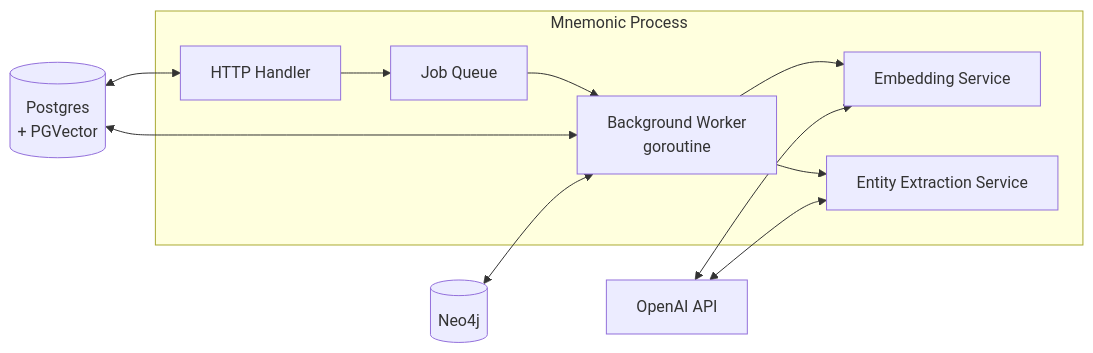
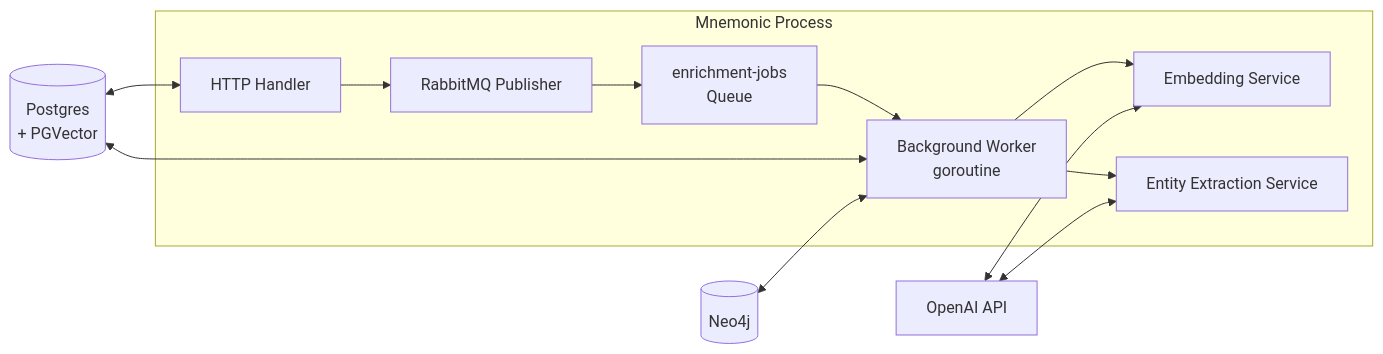
One commit to twistingmercury/mnemonic-enricher changed the fourth of 6 diagrams in docs/design/pattern-processing.md. Above: the diagram before and after it, drawn with Mermaid. The commit also changed other lines of this file and 5 other files, not shown here.

First line of the commit message:
docs: fix queue architecture from Postgres to RabbitMQ

````diff
--- a/docs/design/pattern-processing.md
+++ b/docs/design/pattern-processing.md
@@ -370,15 +370,16 @@
 ```mermaid
 flowchart LR
     subgraph mnemonic["Mnemonic Process"]
-        A[HTTP Handler] --> B[Job Queue]
-        B --> C[Background Worker<br/>goroutine]
+        A[HTTP Handler] --> RMQ_PUB[RabbitMQ Publisher]
+        RMQ_PUB --> RMQ["enrichment-jobs<br/>Queue"]
+        RMQ --> C[Background Worker<br/>goroutine]
         C --> D[Embedding Service]
         C --> E[Entity Extraction Service]
     end
 
     F[(Postgres<br/>+ PGVector)] <--> A
     F <--> C
     G[(Neo4j)] <--> C
     H[OpenAI API] <--> D
     H <--> E
 ```
````
